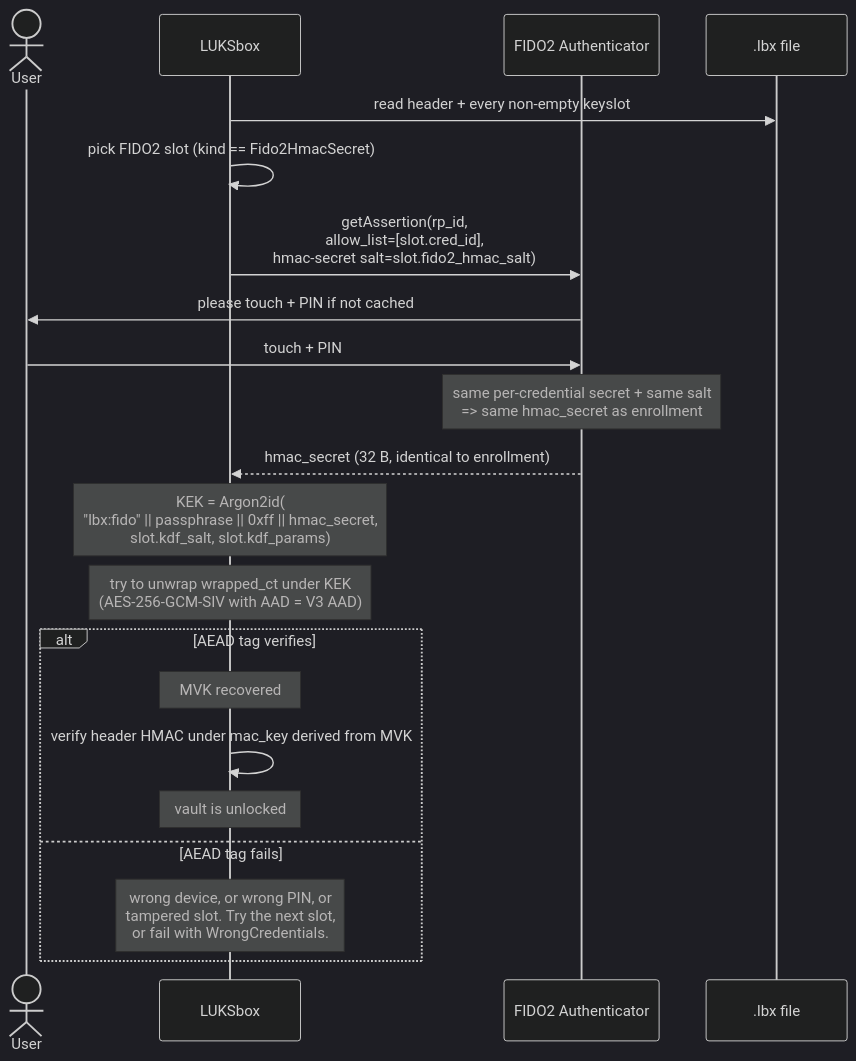
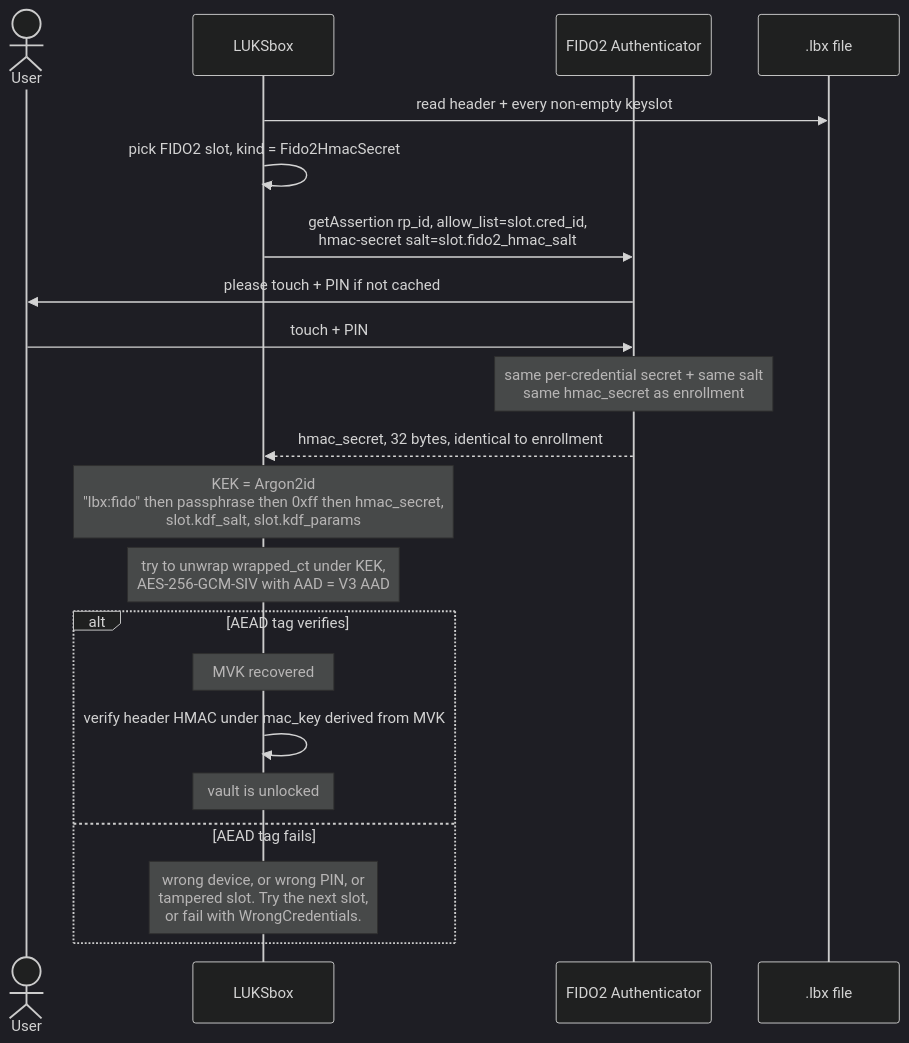
Before and after one commit to PentHertz/LUKSbox: diagram 14 of 14 in docs/CRYPTO_SPEC.md, drawn with Mermaid (dark theme). The commit also changed other lines of this file, not shown here.

````diff
--- a/docs/CRYPTO_SPEC.md
+++ b/docs/CRYPTO_SPEC.md
@@ -1567,27 +1558,27 @@
 ```mermaid
 sequenceDiagram
     actor User
     participant LBX as LUKSbox
     participant Auth as FIDO2 Authenticator
     participant Disk as .lbx file
 
     LBX->>Disk: read header + every non-empty keyslot
-    LBX->>LBX: pick FIDO2 slot (kind == Fido2HmacSecret)
+    LBX->>LBX: pick FIDO2 slot, kind = Fido2HmacSecret
 
-    LBX->>Auth: getAssertion(rp_id,<br/>allow_list=[slot.cred_id],<br/>hmac-secret salt=slot.fido2_hmac_salt)
+    LBX->>Auth: getAssertion rp_id, allow_list=slot.cred_id,<br>hmac-secret salt=slot.fido2_hmac_salt
     Auth->>User: please touch + PIN if not cached
     User->>Auth: touch + PIN
-    Note over Auth: same per-credential secret + same salt<br/>=> same hmac_secret as enrollment
-    Auth-->>LBX: hmac_secret (32 B, identical to enrollment)
+    Note over Auth: same per-credential secret + same salt<br>same hmac_secret as enrollment
+    Auth-->>LBX: hmac_secret, 32 bytes, identical to enrollment
 
-    Note over LBX: KEK = Argon2id(<br/>"lbx:fido" || passphrase || 0xff || hmac_secret,<br/>slot.kdf_salt, slot.kdf_params)
-    Note over LBX: try to unwrap wrapped_ct under KEK<br/>(AES-256-GCM-SIV with AAD = V3 AAD)
+    Note over LBX: KEK = Argon2id<br>"lbx:fido" then passphrase then 0xff then hmac_secret,<br>slot.kdf_salt, slot.kdf_params
+    Note over LBX: try to unwrap wrapped_ct under KEK,<br>AES-256-GCM-SIV with AAD = V3 AAD
 
     alt AEAD tag verifies
         Note over LBX: MVK recovered
         LBX->>LBX: verify header HMAC under mac_key derived from MVK
         Note over LBX: vault is unlocked
     else AEAD tag fails
-        Note over LBX: wrong device, or wrong PIN, or<br/>tampered slot. Try the next slot,<br/>or fail with WrongCredentials.
+        Note over LBX: wrong device, or wrong PIN, or<br>tampered slot. Try the next slot,<br>or fail with WrongCredentials.
     end
 ```
````
